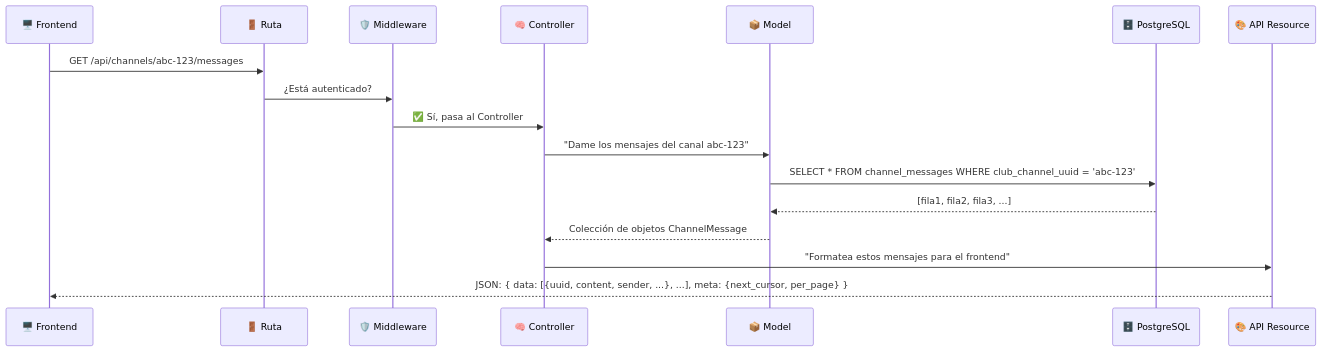
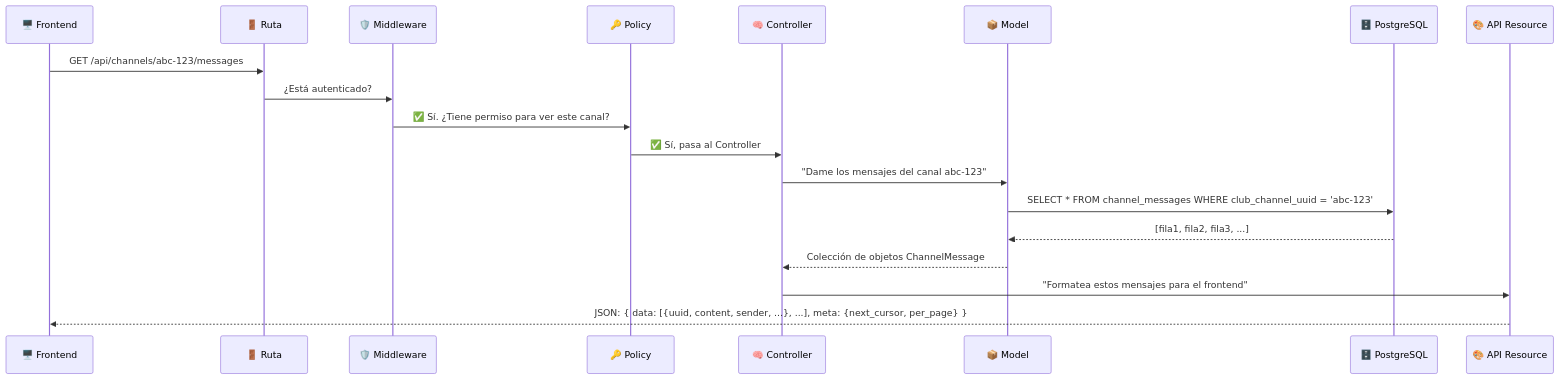
The first of 2 diagrams in docs/architecture/http_request_lifecycle.md (Santi746/vyntra-backend), drawn with Mermaid before and after one commit. The commit also changed other lines of this file and 120 other files, not shown here.

````diff
--- a/docs/architecture/http_request_lifecycle.md
+++ b/docs/architecture/http_request_lifecycle.md
@@ -27,20 +27,22 @@
 ```mermaid
 sequenceDiagram
     participant FE as 🖥️ Frontend
     participant RT as 🚪 Ruta
     participant MW as 🛡️ Middleware
+    participant PO as 🔑 Policy
     participant CT as 🧠 Controller
     participant MD as 📦 Model
     participant DB as 🗄️ PostgreSQL
     participant RS as 🎨 API Resource
 
     FE->>RT: GET /api/channels/abc-123/messages
     RT->>MW: ¿Está autenticado?
-    MW->>CT: ✅ Sí, pasa al Controller
+    MW->>PO: ✅ Sí. ¿Tiene permiso para ver este canal?
+    PO->>CT: ✅ Sí, pasa al Controller
     CT->>MD: "Dame los mensajes del canal abc-123"
     MD->>DB: SELECT * FROM channel_messages WHERE club_channel_uuid = 'abc-123'
     DB-->>MD: [fila1, fila2, fila3, ...]
     MD-->>CT: Colección de objetos ChannelMessage
     CT->>RS: "Formatea estos mensajes para el frontend"
     RS-->>FE: JSON: { data: [{uuid, content, sender, ...}, ...], meta: {next_cursor, per_page} }
 ```
````
